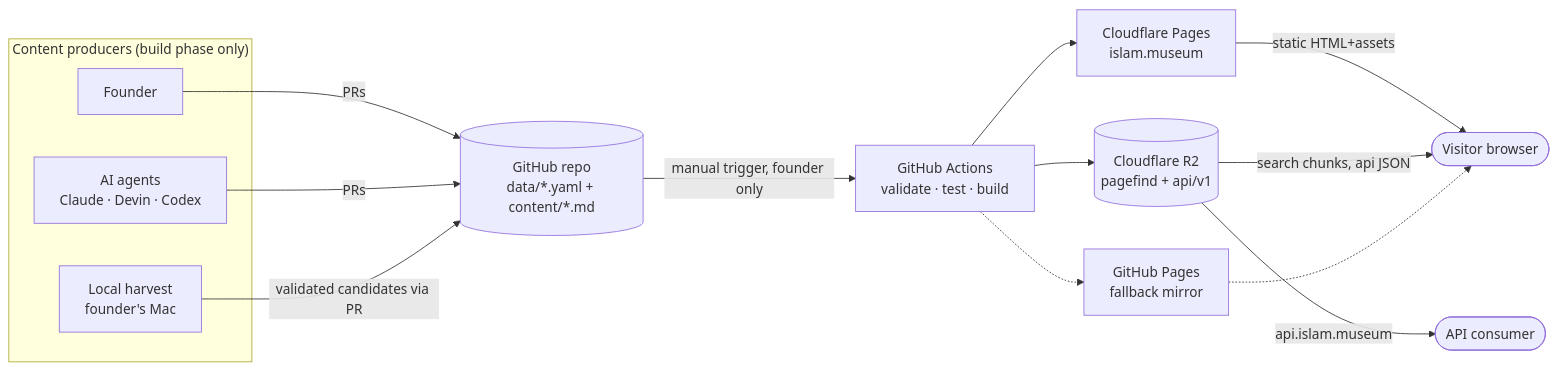
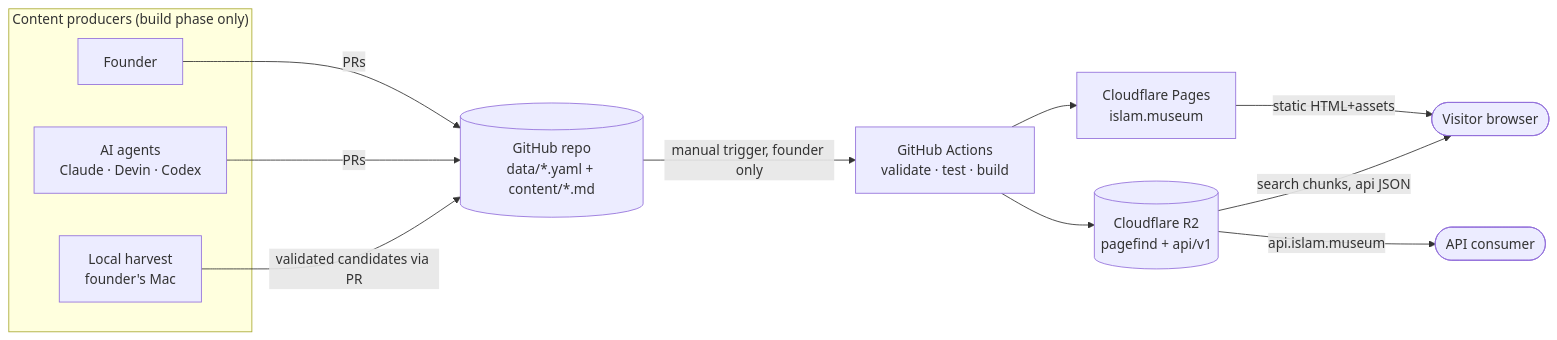
One commit to amado2k5/islam-museum changed the first of 3 diagrams in docs/engineering/02-architecture.md. Above: the diagram before and after it, drawn with Mermaid. The commit also changed other lines of this file and 12 other files, not shown here.

````diff
--- a/docs/engineering/02-architecture.md
+++ b/docs/engineering/02-architecture.md
@@ -18,27 +18,24 @@
 ```mermaid
 flowchart LR
     subgraph Authors["Content producers (build phase only)"]
         A1[Founder]
         A2[AI agents<br/>Claude · Devin · Codex]
         A3[Local harvest<br/>founder's Mac]
     end
 
     REPO[(GitHub repo<br/>data/*.yaml + content/*.md)]
     CI[GitHub Actions<br/>validate · test · build]
     PAGES[Cloudflare Pages<br/>islam.museum]
     R2[(Cloudflare R2<br/>pagefind + api/v1)]
-    MIRROR[GitHub Pages<br/>fallback mirror]
     VISITOR([Visitor browser])
     APIUSER([API consumer])
 
     A1 & A2 -->|PRs| REPO
     A3 -->|validated candidates via PR| REPO
     REPO -->|manual trigger, founder only| CI
     CI --> PAGES
     CI --> R2
-    CI -.-> MIRROR
     PAGES -->|static HTML+assets| VISITOR
     R2 -->|search chunks, api JSON| VISITOR
     R2 -->|api.islam.museum| APIUSER
-    MIRROR -.-> VISITOR
 ```
````
